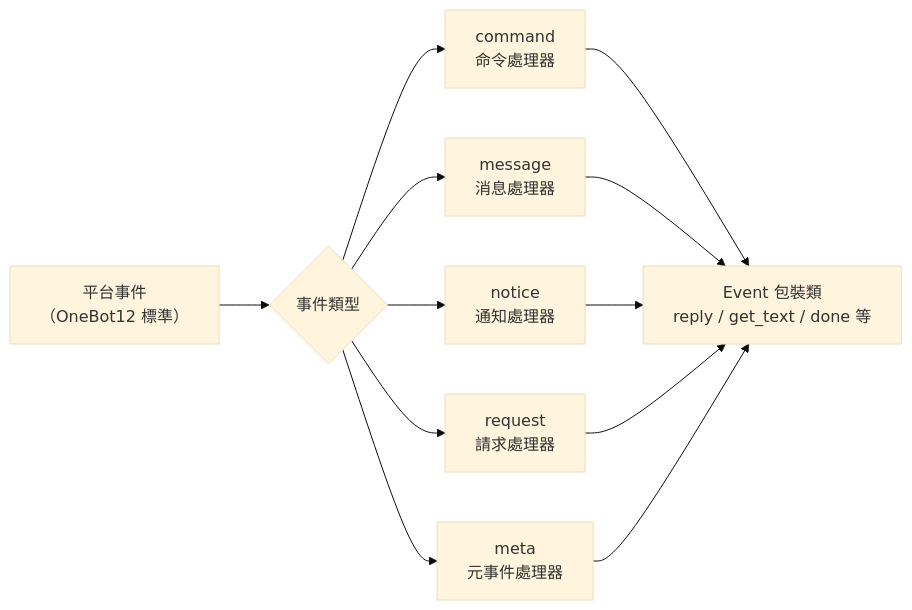
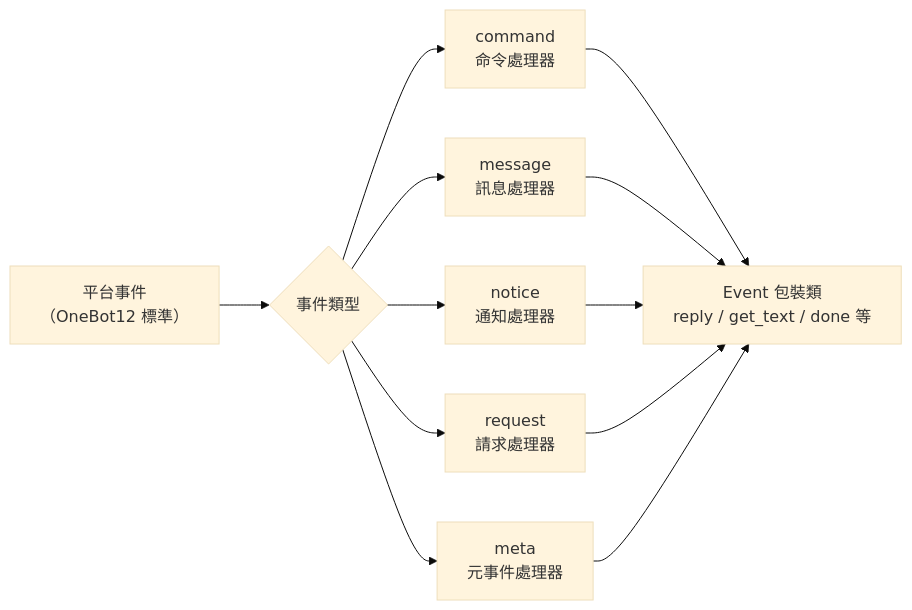
One commit to ErisPulse/ErisPulse changed the diagram in docs/zh-TW/api-reference/event-system.md. Above: the diagram before and after it, drawn with Mermaid (base theme). The commit also changed other lines of this file and 828 other files, not shown here.

````diff
--- a/docs/zh-TW/api-reference/event-system.md
+++ b/docs/zh-TW/api-reference/event-system.md
@@ -7,10 +10,10 @@
 ```mermaid
 flowchart LR
     A["平台事件<br/>（OneBot12 標準）"] --> B{"事件類型"}
     B --> C["command<br/>命令處理器"]
-    B --> D["message<br/>消息處理器"]
+    B --> D["message<br/>訊息處理器"]
     B --> E["notice<br/>通知處理器"]
     B --> F["request<br/>請求處理器"]
     B --> G["meta<br/>元事件處理器"]
     C & D & E & F & G --> H["Event 包裝類<br/>reply / get_text / done 等"]
 ```
````
